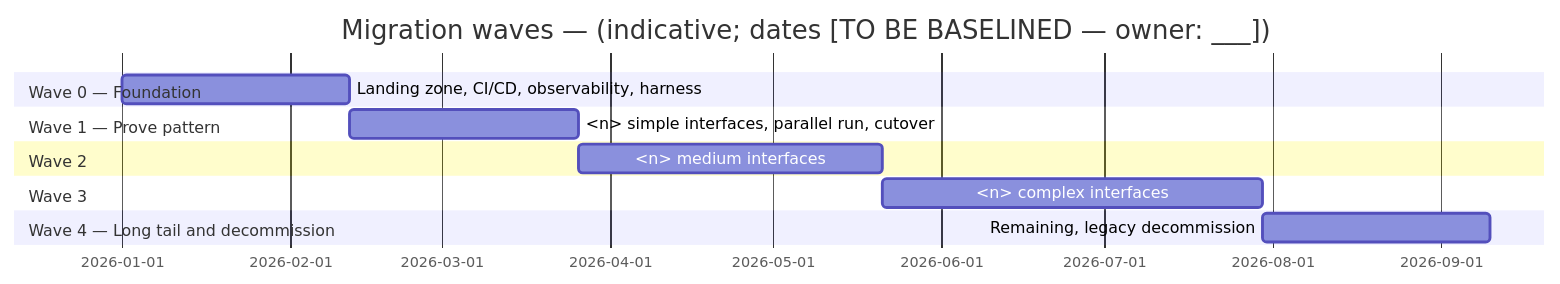
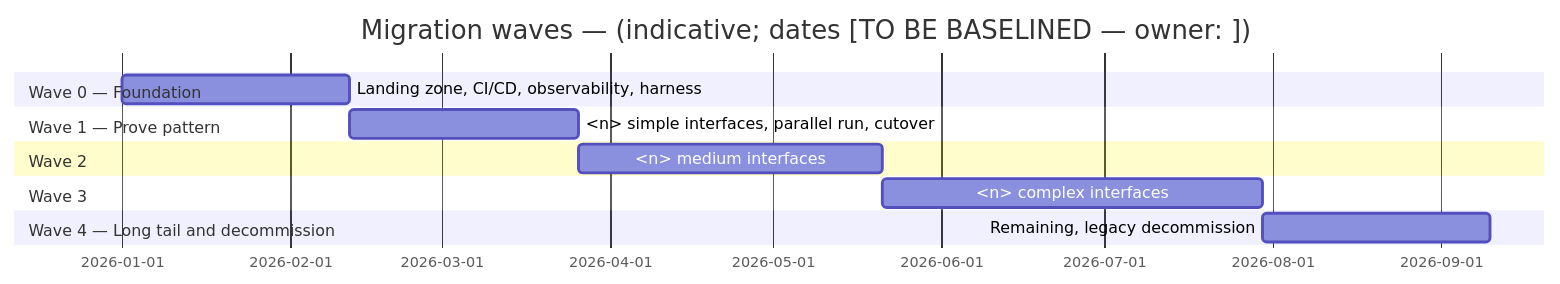
Before and after one commit to giritharanchockalingam/giri-skills: the seventh of 7 diagrams in skills/presales/solution-architecture-doc/assets/mermaid-c4-templates.md, drawn with Mermaid. The commit also changed other lines of this file and 31 other files, not shown here.

First line of the commit message:
runner: LLM steps must name an owner role on [TO BE BASELINED] markers

````diff
--- a/skills/presales/solution-architecture-doc/assets/mermaid-c4-templates.md
+++ b/skills/presales/solution-architecture-doc/assets/mermaid-c4-templates.md
@@ -139,15 +139,15 @@
 ```mermaid
 gantt
-  title Migration waves — <Client> (indicative; dates [TO BE BASELINED — owner: ___])
+  title Migration waves — <Client> (indicative; dates [TO BE BASELINED — owner: <role>])
   dateFormat  YYYY-MM-DD
   section Wave 0 — Foundation
   Landing zone, CI/CD, observability, harness :w0, 2026-01-01, 6w
   section Wave 1 — Prove pattern
   <n> simple interfaces, parallel run, cutover :w1, after w0, 6w
   section Wave 2
   <n> medium interfaces :w2, after w1, 8w
   section Wave 3
   <n> complex interfaces :w3, after w2, 10w
   section Wave 4 — Long tail and decommission
   Remaining, legacy decommission :w4, after w3, 6w
 ```
````
